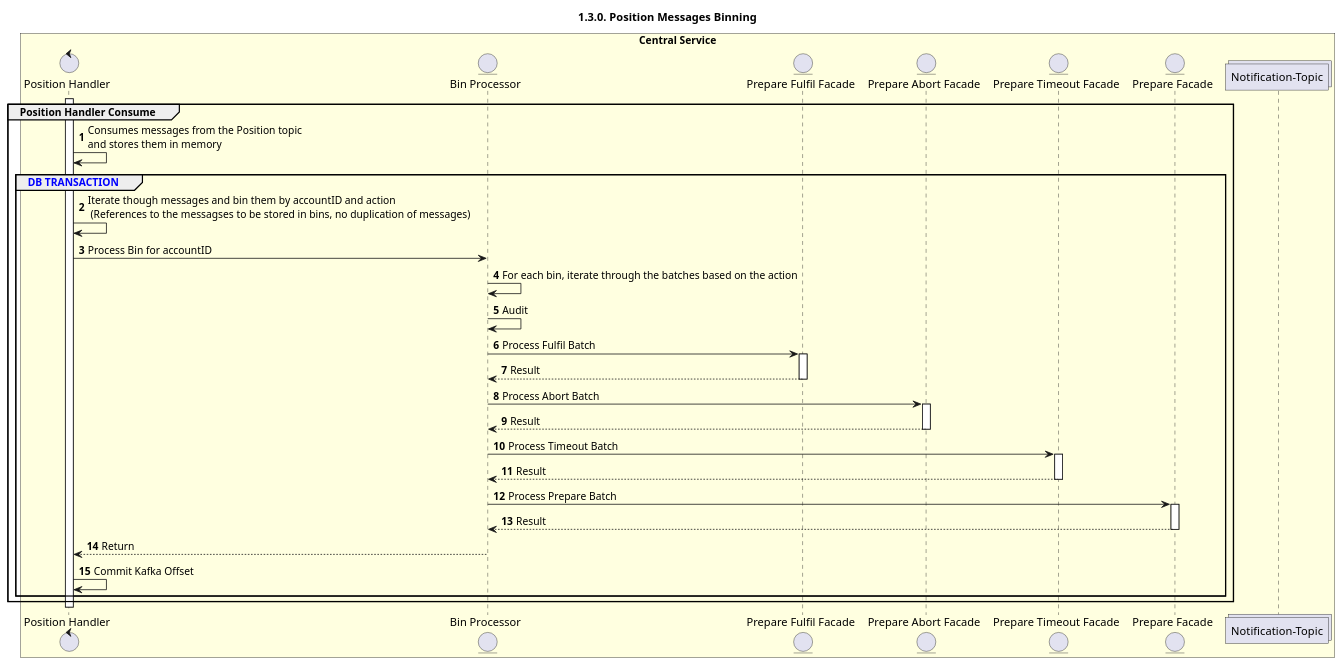
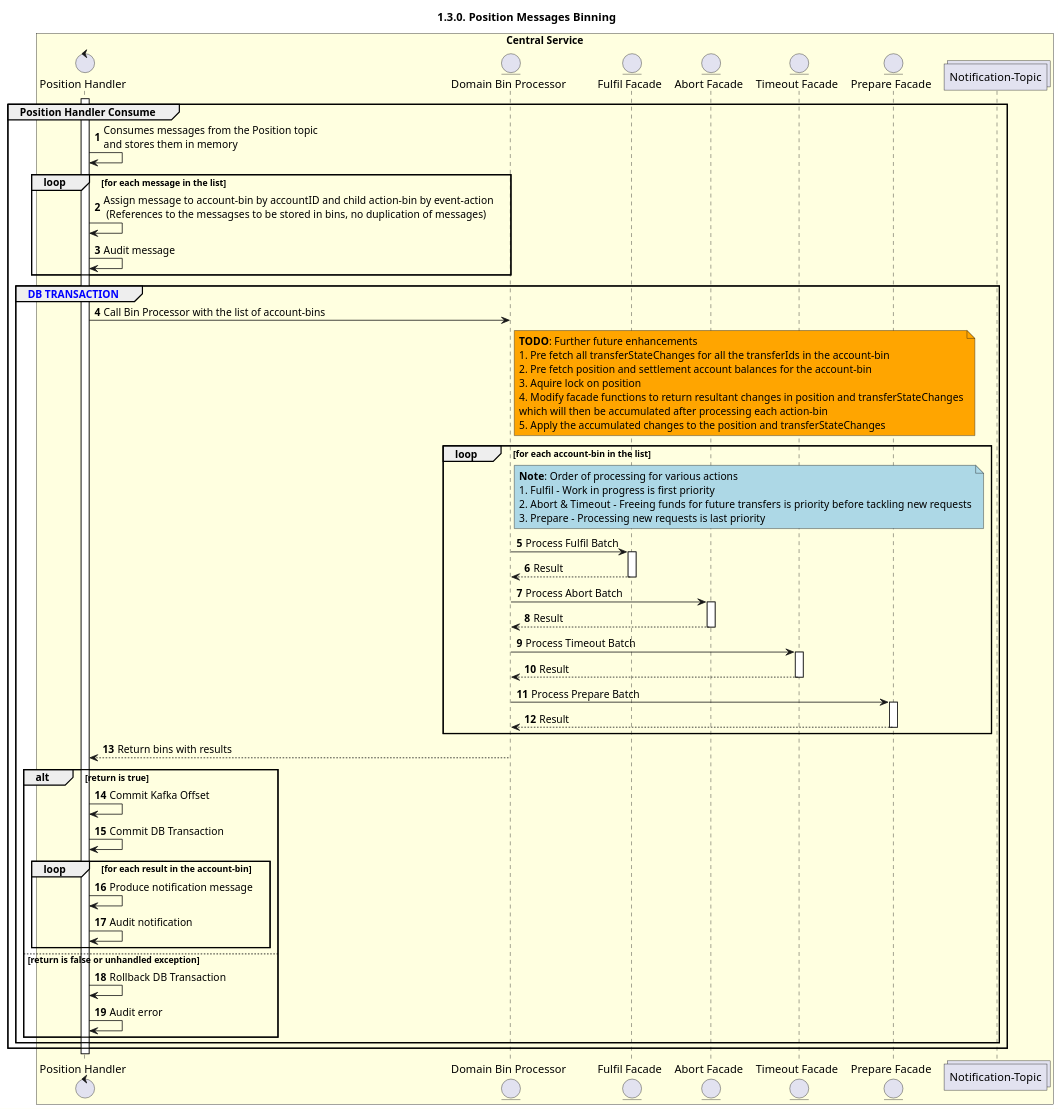
One commit to mojaloop/documentation changed the diagram in docs/technical/central-ledger/assets/diagrams/sequence/seq-position-binning.plantuml. Above: the diagram before and after it, drawn with PlantUML. The commit also changed 1 other file, not shown here.

Commit message:
feat: updated binning sequence diagram

```diff
--- a/docs/technical/central-ledger/assets/diagrams/sequence/seq-position-binning.plantuml
+++ b/docs/technical/central-ledger/assets/diagrams/sequence/seq-position-binning.plantuml
@@ -26,73 +26,100 @@
 @startuml
 ' declate title
 title 1.3.0. Position Messages Binning
 
 autonumber
 
 ' Actor Keys:
 '   boundary - APIs/Interfaces, etc
 '   collections - Kafka Topics
 '   control - Kafka Consumers
 '   entity - Database Access Objects
 '   database - Database Persistence Store
 
 ' declare actors
 control "Position Handler" as POS_HANDLER
 
-entity "Bin Processor" as BIN_PROCESSOR
+entity "Domain Bin Processor" as BIN_PROCESSOR
 entity "Prepare Facade" as FACADE_PREPARE
-entity "Prepare Fulfil Facade" as FACADE_FULFIL
-entity "Prepare Abort Facade" as FACADE_ABORT
-entity "Prepare Timeout Facade" as FACADE_TIMEOUT
+entity "Fulfil Facade" as FACADE_FULFIL
+entity "Abort Facade" as FACADE_ABORT
+entity "Timeout Facade" as FACADE_TIMEOUT
 collections "Notification-Topic" as TOPIC_NOTIFICATIONS
 ' database "Central Store" as DB
 
 box "Central Service" #LightYellow
     participant POS_HANDLER
     participant BIN_PROCESSOR
     participant FACADE_FULFIL
     participant FACADE_ABORT
     participant FACADE_TIMEOUT
     participant FACADE_PREPARE
     ' participant DB
     participant TOPIC_NOTIFICATIONS
 end box
 
 ' start flow
 activate POS_HANDLER
 group Position Handler Consume
     POS_HANDLER -> POS_HANDLER: Consumes messages from the Position topic \nand stores them in memory
+    loop for each message in the list
+        POS_HANDLER -> POS_HANDLER: Assign message to account-bin by accountID and child action-bin by event-action\n (References to the messagses to be stored in bins, no duplication of messages)
+        POS_HANDLER -> POS_HANDLER: Audit message
+    end
     group <color #blue>DB TRANSACTION</color>
-        POS_HANDLER -> POS_HANDLER: Iterate though messages and bin them by accountID and action \n (References to the messagses to be stored in bins, no duplication of messages)
-        POS_HANDLER -> BIN_PROCESSOR: Process Bin for accountID
-        BIN_PROCESSOR -> BIN_PROCESSOR: For each bin, iterate through the batches based on the action
+        POS_HANDLER -> BIN_PROCESSOR: Call Bin Processor with the list of account-bins
+
+        note right of BIN_PROCESSOR #orange
+            **TODO**: Further future enhancements
+            1. Pre fetch all transferStateChanges for all the transferIds in the account-bin
+            2. Pre fetch position and settlement account balances for the account-bin
+            3. Aquire lock on position
+            4. Modify facade functions to return resultant changes in position and transferStateChanges
+            which will then be accumulated after processing each action-bin
+            5. Apply the accumulated changes to the position and transferStateChanges
+        end note
+        loop for each account-bin in the list
+            note right of BIN_PROCESSOR #lightblue
+                **Note**: Order of processing for various actions
+                1. Fulfil - Work in progress is first priority
+                2. Abort & Timeout - Freeing funds for future transfers is priority before tackling new requests
+                3. Prepare - Processing new requests is last priority
+            end note
+
+            BIN_PROCESSOR -> FACADE_FULFIL: Process Fulfil Batch
+            activate FACADE_FULFIL
+            FACADE_FULFIL --> BIN_PROCESSOR: Result
+            deactivate FACADE_FULFIL
+
+            BIN_PROCESSOR -> FACADE_ABORT: Process Abort Batch
+            activate FACADE_ABORT
+            FACADE_ABORT --> BIN_PROCESSOR: Result
+            deactivate FACADE_ABORT
+
+            BIN_PROCESSOR -> FACADE_TIMEOUT: Process Timeout Batch
+            activate FACADE_TIMEOUT
+            FACADE_TIMEOUT --> BIN_PROCESSOR: Result
+            deactivate FACADE_TIMEOUT
+
+            BIN_PROCESSOR -> FACADE_PREPARE: Process Prepare Batch
+            activate FACADE_PREPARE
+            FACADE_PREPARE --> BIN_PROCESSOR: Result
+            deactivate FACADE_PREPARE
+        end
         
-        BIN_PROCESSOR -> BIN_PROCESSOR: Audit
-
-        BIN_PROCESSOR -> FACADE_FULFIL: Process Fulfil Batch
-        activate FACADE_FULFIL
-        FACADE_FULFIL --> BIN_PROCESSOR: Result
-        deactivate FACADE_FULFIL
-
-        BIN_PROCESSOR -> FACADE_ABORT: Process Abort Batch
-        activate FACADE_ABORT
-        FACADE_ABORT --> BIN_PROCESSOR: Result
-        deactivate FACADE_ABORT
-
-        BIN_PROCESSOR -> FACADE_TIMEOUT: Process Timeout Batch
-        activate FACADE_TIMEOUT
-        FACADE_TIMEOUT --> BIN_PROCESSOR: Result
-        deactivate FACADE_TIMEOUT
-
-        BIN_PROCESSOR -> FACADE_PREPARE: Process Prepare Batch
-        activate FACADE_PREPARE
-        FACADE_PREPARE --> BIN_PROCESSOR: Result
-        deactivate FACADE_PREPARE
-
-        ' BIN_PROCESSOR -> TOPIC_NOTIFICATIONS: Publish Notification events ???
-        BIN_PROCESSOR --> POS_HANDLER: Return
-        POS_HANDLER -> POS_HANDLER: Commit Kafka Offset
+        BIN_PROCESSOR --> POS_HANDLER: Return bins with results
+        alt return is true
+            POS_HANDLER -> POS_HANDLER: Commit Kafka Offset
+            POS_HANDLER -> POS_HANDLER: Commit DB Transaction
+            loop for each result in the account-bin
+                POS_HANDLER -> POS_HANDLER: Produce notification message
+                POS_HANDLER -> POS_HANDLER: Audit notification
+            end
+        else return is false or unhandled exception
+            POS_HANDLER -> POS_HANDLER: Rollback DB Transaction
+            POS_HANDLER -> POS_HANDLER: Audit error
+        end
     end
 end
 deactivate POS_HANDLER
 @enduml
```
